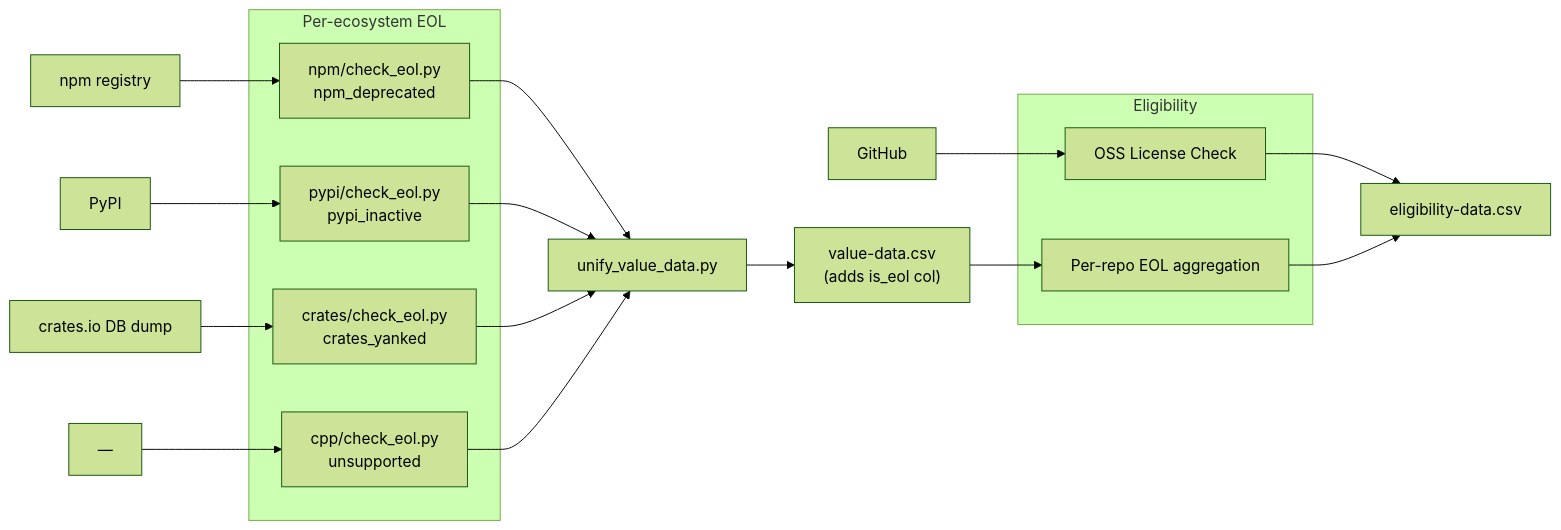
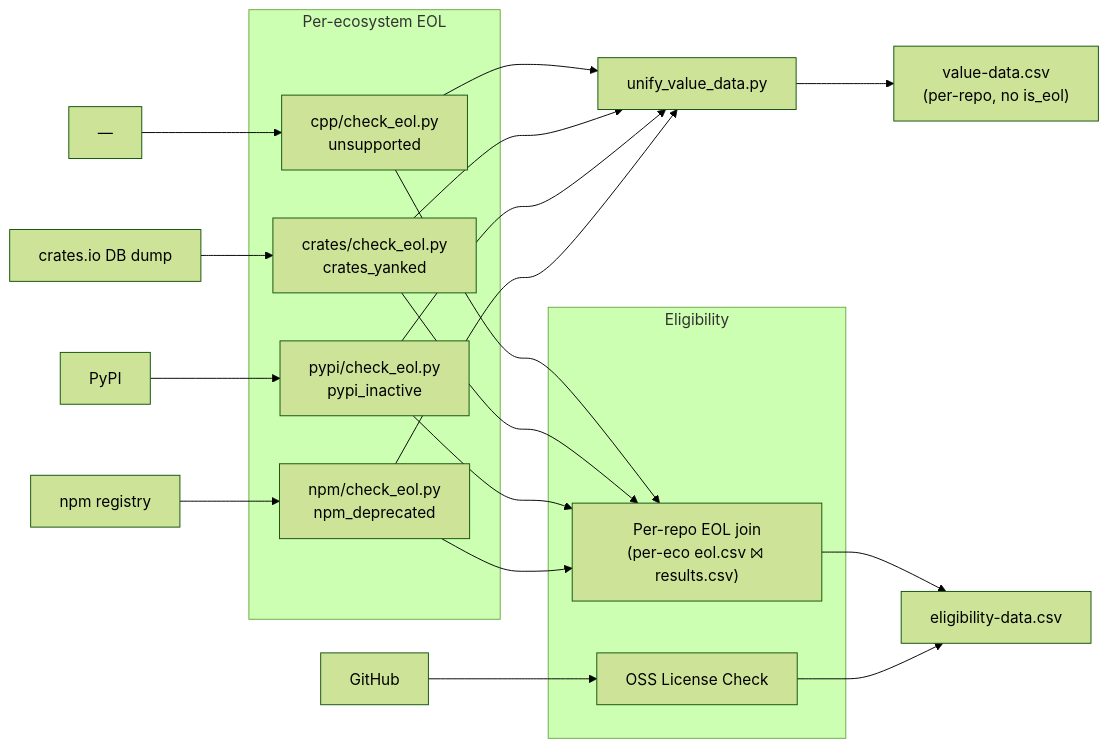
One commit to osendowment/model changed the diagram in docs/eligibility.md. Above: the diagram before and after it, drawn with Mermaid (forest theme). The commit also changed other lines of this file and 6 other files, not shown here.

````diff
--- a/docs/eligibility.md
+++ b/docs/eligibility.md
@@ -6,32 +6,35 @@
 ```mermaid
 graph LR
     github["GitHub"]
     npm["npm registry"]
     pypi["PyPI"]
     crates["crates.io DB dump"]
     cpp["—"]
 
     subgraph EOL["Per-ecosystem EOL"]
         npm_eol["npm/check_eol.py<br/>npm_deprecated"]
         pypi_eol["pypi/check_eol.py<br/>pypi_inactive"]
         crates_eol["crates/check_eol.py<br/>crates_yanked"]
         cpp_eol["cpp/check_eol.py<br/>unsupported"]
     end
 
     npm --> npm_eol --> unify["unify_value_data.py"]
     pypi --> pypi_eol --> unify
     crates --> crates_eol --> unify
     cpp --> cpp_eol --> unify
 
-    unify --> value["value-data.csv<br/>(adds is_eol col)"]
+    unify --> value["value-data.csv<br/>(per-repo, no is_eol)"]
 
     subgraph Eligibility["Eligibility"]
         license["OSS License Check"]
-        eol_join["Per-repo EOL aggregation"]
+        eol_join["Per-repo EOL join<br/>(per-eco eol.csv ⨝ results.csv)"]
     end
 
     github --> license
-    value --> eol_join
+    npm_eol --> eol_join
+    pypi_eol --> eol_join
+    crates_eol --> eol_join
+    cpp_eol --> eol_join
     license --> output["eligibility-data.csv"]
     eol_join --> output
 ```
````
